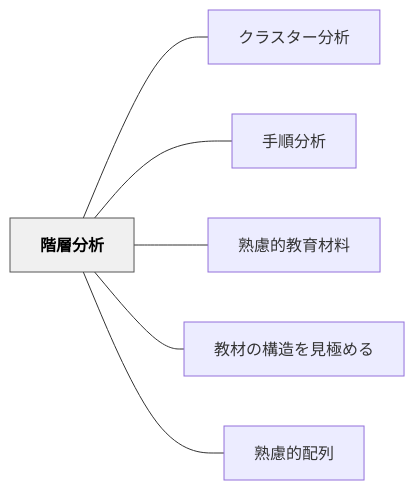
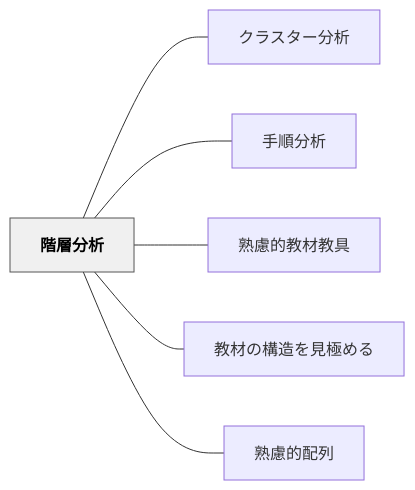
Before and after one commit to unknownthings-ed-patterns/unknownthings-ed-patterns: the diagram in content/パタン/階層分析.md, drawn with Mermaid. The commit also changed other lines of this file and 72 other files, not shown here.

````diff
--- a/content/パタン/階層分析.md
+++ b/content/パタン/階層分析.md
@@ -45,18 +45,18 @@
 ```mermaid
 flowchart LR
     ne99a8ee5b1a4e58886e69e90["階層分析"]
     ne382afe383a9e382b9e382bfe383bce58886e69e90["クラスター分析"]
     ne6898be9a086e58886e69e90["手順分析"]
-    ne7869fe685aee79a84e69599e882b2e69d90e69699["熟慮的教育材料"]
+    ne7869fe685aee79a84e69599e69d90e69599e585b7["熟慮的教材教具"]
     ne69599e69d90e381aee6a78be980a0e38292e8a68be6a5b5e38281e3828b["教材の構造を見極める"]
     ne7869fe685aee79a84e9858de58897["熟慮的配列"]
 
     ne99a8ee5b1a4e58886e69e90 --- ne382afe383a9e382b9e382bfe383bce58886e69e90
     ne99a8ee5b1a4e58886e69e90 --- ne6898be9a086e58886e69e90
-    ne99a8ee5b1a4e58886e69e90 --- ne7869fe685aee79a84e69599e882b2e69d90e69699
+    ne99a8ee5b1a4e58886e69e90 --- ne7869fe685aee79a84e69599e69d90e69599e585b7
     ne99a8ee5b1a4e58886e69e90 --- ne69599e69d90e381aee6a78be980a0e38292e8a68be6a5b5e38281e3828b
     ne99a8ee5b1a4e58886e69e90 --- ne7869fe685aee79a84e9858de58897
 
     classDef hub fill:#f0f0f0,stroke:#555,color:#000,font-weight:bold
     class ne99a8ee5b1a4e58886e69e90 hub
 ```
````
